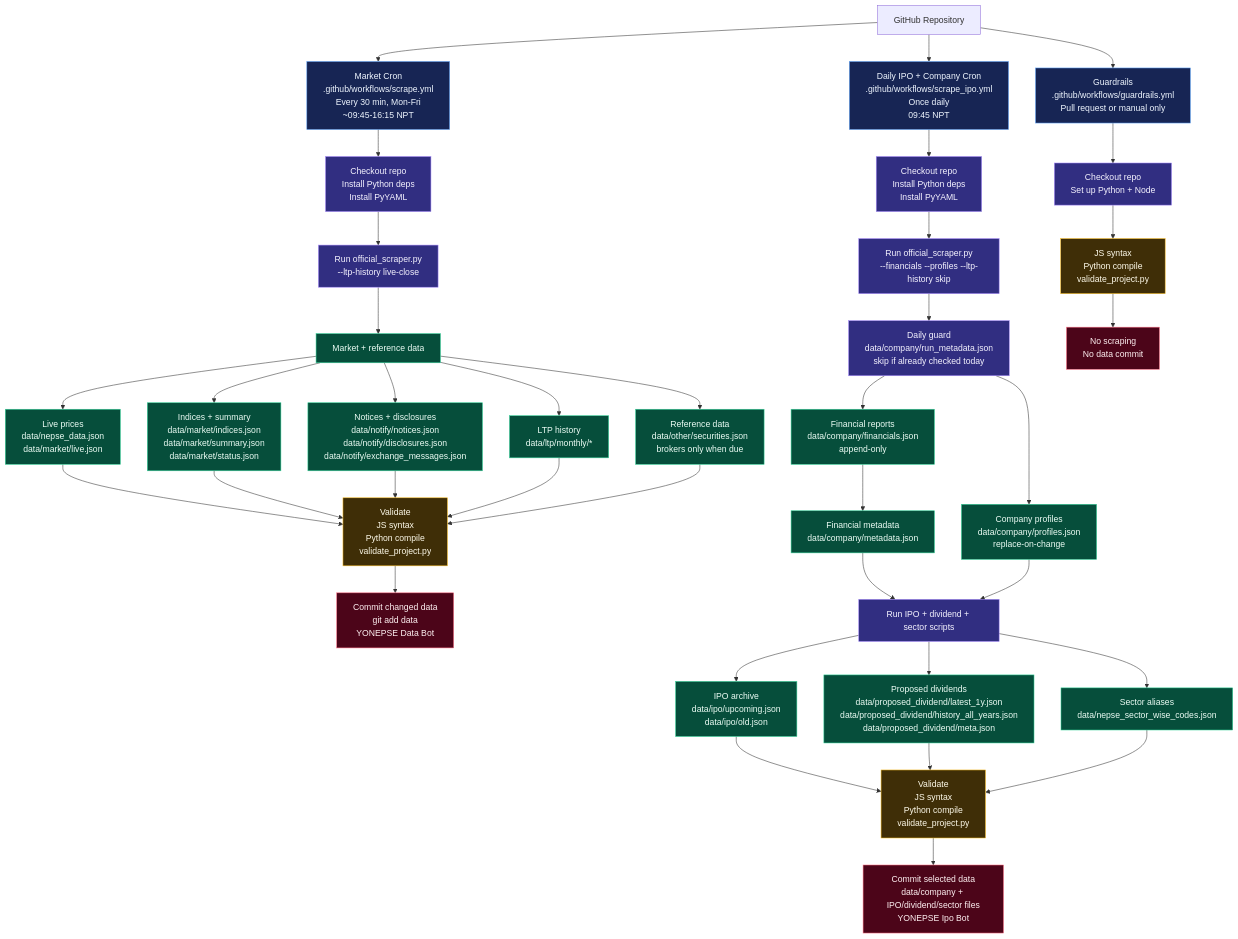
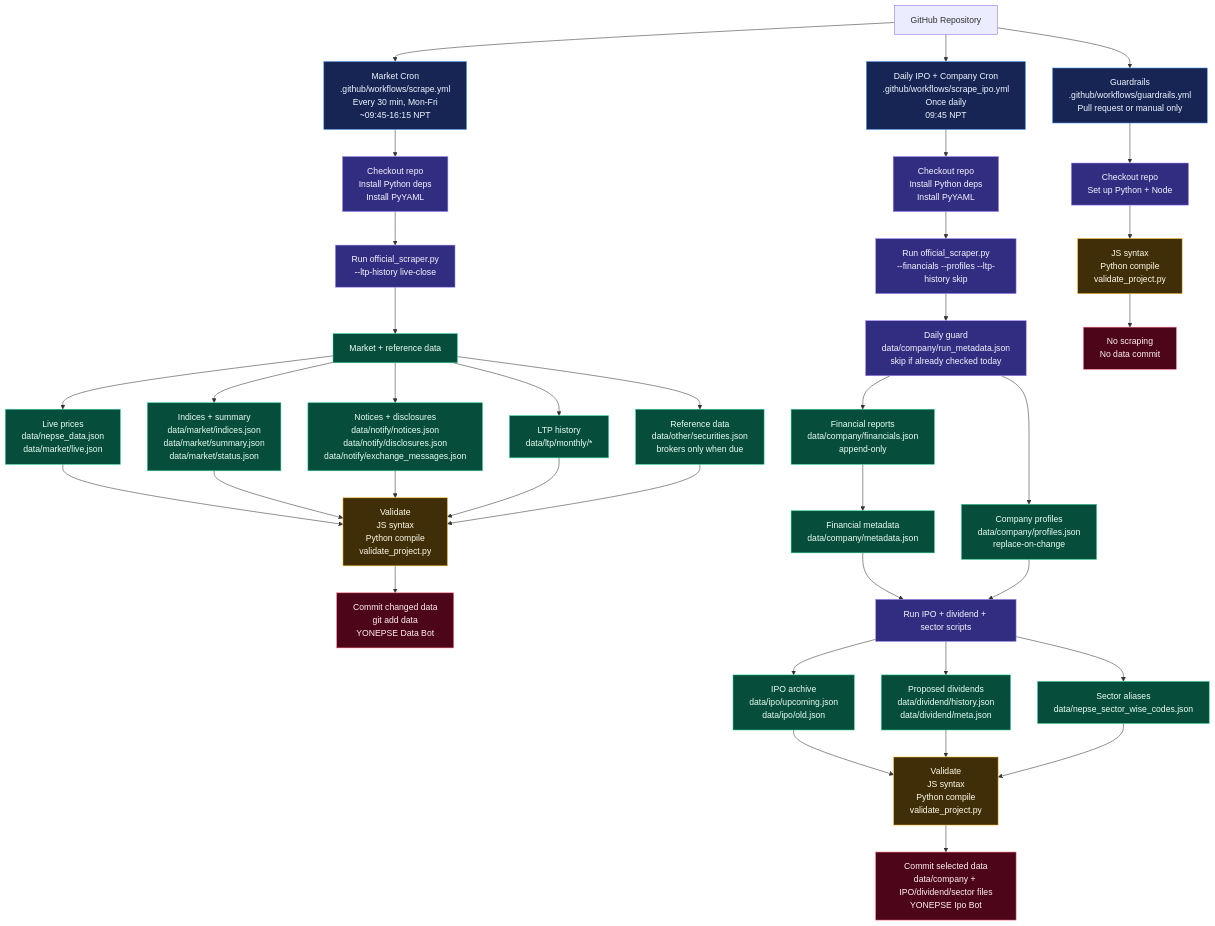
One commit to Shubhamnpk/yonepse changed the diagram in WORKFLOW.md. Above: the diagram before and after it, drawn with Mermaid. The commit also changed 24 other files, not shown here.

First line of the commit message:
refactor: optimize dividend data format and rename directory

````diff
--- a/WORKFLOW.md
+++ b/WORKFLOW.md
@@ -5,64 +5,64 @@
 ```mermaid
 flowchart TD
     Repo[GitHub Repository] --> MarketCron
     Repo --> DailyCron
     Repo --> Guardrails
 
     MarketCron["Market Cron<br/>.github/workflows/scrape.yml<br/>Every 30 min, Mon-Fri<br/>~09:45-16:15 NPT"]
     DailyCron["Daily IPO + Company Cron<br/>.github/workflows/scrape_ipo.yml<br/>Once daily<br/>09:45 NPT"]
     Guardrails["Guardrails<br/>.github/workflows/guardrails.yml<br/>Pull request or manual only"]
 
     MarketCron --> MarketSetup["Checkout repo<br/>Install Python deps<br/>Install PyYAML"]
     MarketSetup --> MarketRun["Run official_scraper.py<br/>--ltp-history live-close"]
 
     MarketRun --> MarketData["Market + reference data"]
     MarketData --> LiveFiles["Live prices<br/>data/nepse_data.json<br/>data/market/live.json"]
     MarketData --> IndexFiles["Indices + summary<br/>data/market/indices.json<br/>data/market/summary.json<br/>data/market/status.json"]
     MarketData --> NotifyFiles["Notices + disclosures<br/>data/notify/notices.json<br/>data/notify/disclosures.json<br/>data/notify/exchange_messages.json"]
     MarketData --> LtpFiles["LTP history<br/>data/ltp/monthly/*"]
     MarketData --> OtherFiles["Reference data<br/>data/other/securities.json<br/>brokers only when due"]
 
     LiveFiles --> MarketValidate
     IndexFiles --> MarketValidate
     NotifyFiles --> MarketValidate
     LtpFiles --> MarketValidate
     OtherFiles --> MarketValidate
 
     MarketValidate["Validate<br/>JS syntax<br/>Python compile<br/>validate_project.py"] --> MarketCommit["Commit changed data<br/>git add data<br/>YONEPSE Data Bot"]
 
     DailyCron --> DailySetup["Checkout repo<br/>Install Python deps<br/>Install PyYAML"]
     DailySetup --> CompanyRun["Run official_scraper.py<br/>--financials --profiles --ltp-history skip"]
 
     CompanyRun --> DailyGuard["Daily guard<br/>data/company/run_metadata.json<br/>skip if already checked today"]
     DailyGuard --> Financials["Financial reports<br/>data/company/financials.json<br/>append-only"]
     DailyGuard --> Profiles["Company profiles<br/>data/company/profiles.json<br/>replace-on-change"]
     Financials --> CompanyMeta["Financial metadata<br/>data/company/metadata.json"]
 
     CompanyMeta --> IpoRun
     Profiles --> IpoRun
     IpoRun["Run IPO + dividend + sector scripts"]
     IpoRun --> IpoFiles["IPO archive<br/>data/ipo/upcoming.json<br/>data/ipo/old.json"]
-    IpoRun --> DividendFiles["Proposed dividends<br/>data/proposed_dividend/latest_1y.json<br/>data/proposed_dividend/history_all_years.json<br/>data/proposed_dividend/meta.json"]
+    IpoRun --> DividendFiles["Proposed dividends<br/>data/dividend/history.json<br/>data/dividend/meta.json"]
     IpoRun --> SectorFiles["Sector aliases<br/>data/nepse_sector_wise_codes.json"]
 
     IpoFiles --> DailyValidate
     DividendFiles --> DailyValidate
     SectorFiles --> DailyValidate
     DailyValidate["Validate<br/>JS syntax<br/>Python compile<br/>validate_project.py"] --> DailyCommit["Commit selected data<br/>data/company + IPO/dividend/sector files<br/>YONEPSE Ipo Bot"]
 
     Guardrails --> GuardSetup["Checkout repo<br/>Set up Python + Node"]
     GuardSetup --> GuardChecks["JS syntax<br/>Python compile<br/>validate_project.py"]
     GuardChecks --> NoCommit["No scraping<br/>No data commit"]
 
     classDef cron fill:#172554,stroke:#60a5fa,color:#eff6ff
     classDef run fill:#312e81,stroke:#a78bfa,color:#f5f3ff
     classDef data fill:#064e3b,stroke:#34d399,color:#ecfdf5
     classDef validate fill:#3f2e07,stroke:#fbbf24,color:#fffbeb
     classDef commit fill:#4c0519,stroke:#fb7185,color:#fff1f2
 
     class MarketCron,DailyCron,Guardrails cron
     class MarketRun,CompanyRun,IpoRun,MarketSetup,DailySetup,GuardSetup,DailyGuard run
     class MarketData,LiveFiles,IndexFiles,NotifyFiles,LtpFiles,OtherFiles,Financials,Profiles,CompanyMeta,IpoFiles,DividendFiles,SectorFiles data
     class MarketValidate,DailyValidate,GuardChecks validate
     class MarketCommit,DailyCommit,NoCommit commit
 ```
````
